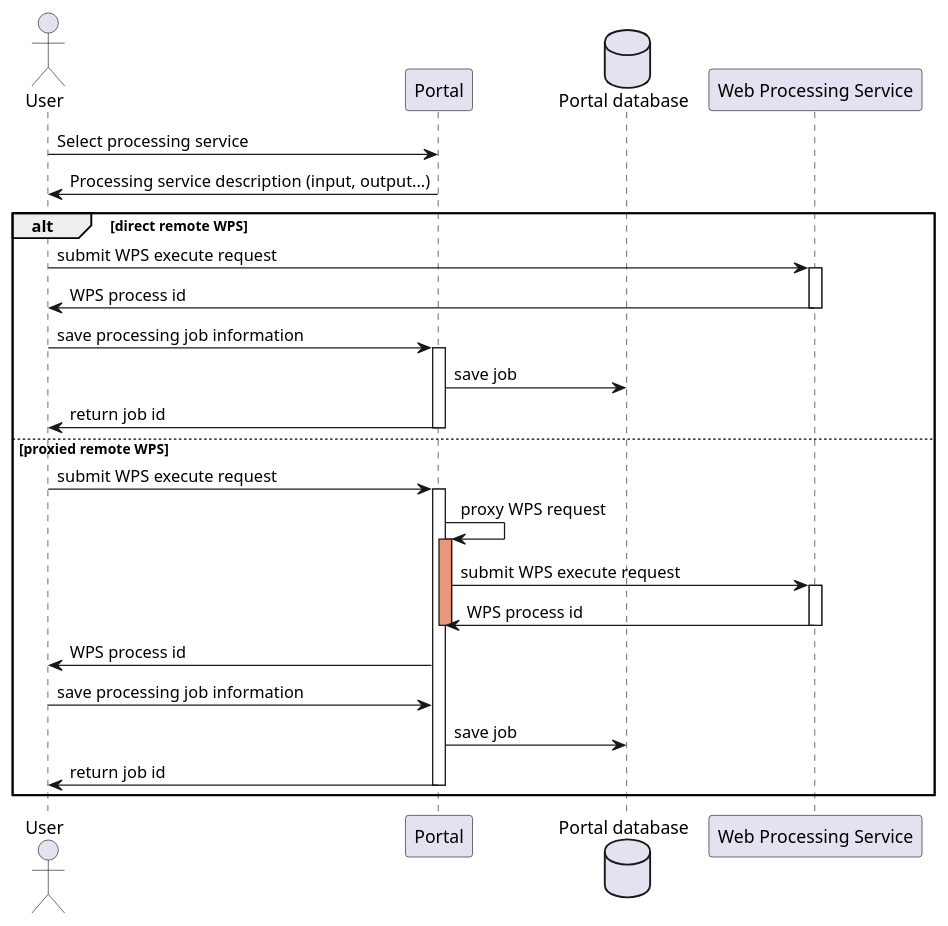
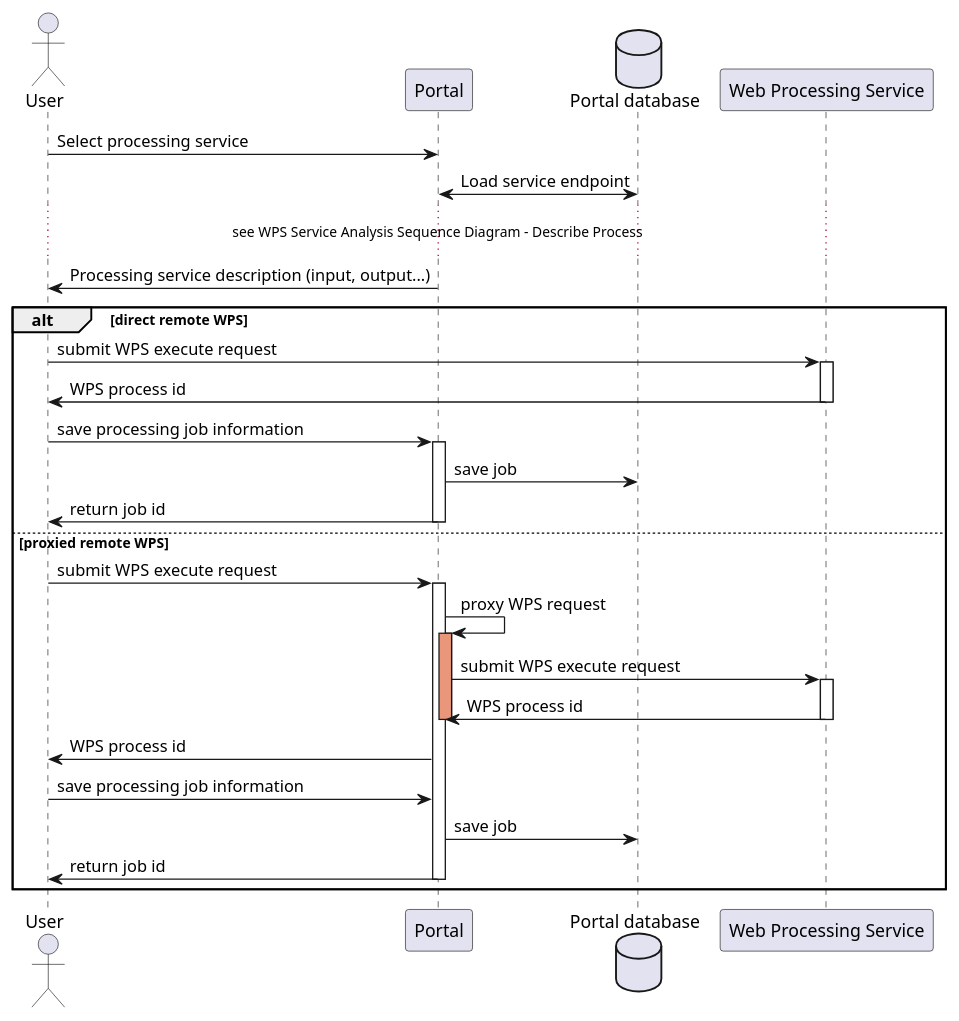
One commit to urban-tep/DDF-SDD changed the first of 4 diagrams in source/design/UC02.rst. Above: the diagram before and after it, drawn with PlantUML. The commit also changed other lines of this file and 11 other files, not shown here.

```diff
--- a/source/design/UC02.rst
+++ b/source/design/UC02.rst
@@ -17,43 +17,45 @@
 .. uml::
   :caption: On demand data processing submission
   :align: center
 
 
   actor "User" as U
   participant "Portal" as P
   database "Portal database" as PDB
   participant "Web Processing Service" as WPS
 
   U -> P : Select processing service
+  P <-> PDB : Load service endpoint
+  ... see WPS Service Analysis Sequence Diagram - Describe Process ...
   P -> U : Processing service description (input, output...)
 
   alt direct remote WPS
 
   U -> WPS : submit WPS execute request
   activate WPS
   WPS -> U : WPS process id
   deactivate WPS
   U -> P : save processing job information
   activate P
   P -> PDB : save job
   P -> U : return job id
   deactivate P
 
   else proxied remote WPS
 
   U -> P : submit WPS execute request
   activate P
   P -> P : proxy WPS request
   activate P #DarkSalmon
   P -> WPS : submit WPS execute request
   activate WPS
   WPS -> P : WPS process id
   deactivate WPS
   deactivate P
   P -> U : WPS process id
   U -> P : save processing job information
   P -> PDB : save job
   P -> U : return job id
   deactivate P
 
   end
```
